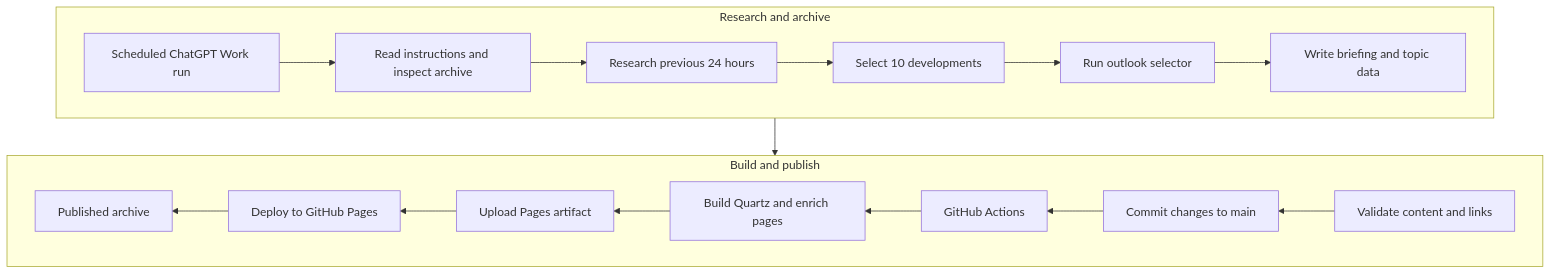
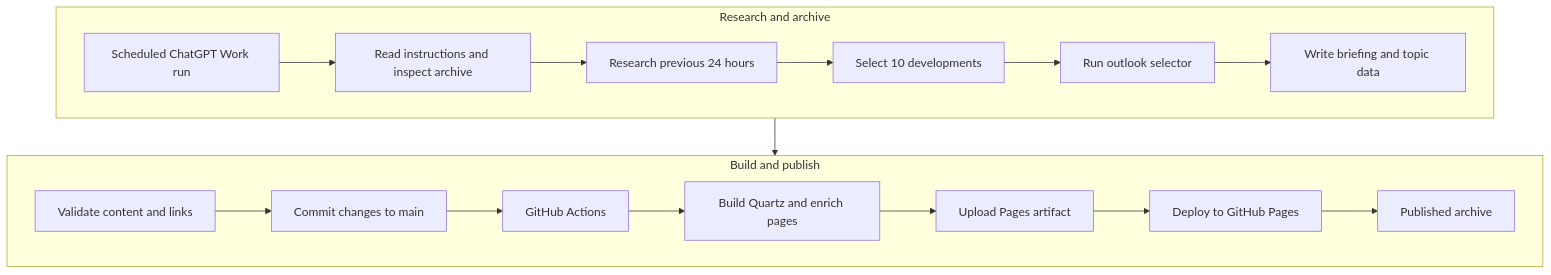
One commit to mg-automated/selfgrowing-news changed the diagram in README.md. Above: the diagram before and after it, drawn with Mermaid.

Commit message:
Modify flowchart for archive and publishing process
Updated flowchart direction and added connection between archive and publishing.

````diff
--- a/README.md
+++ b/README.md
@@ -35,23 +35,24 @@
 ```mermaid
 flowchart TB
+
     subgraph archive["Research and archive"]
         direction LR
         A[Scheduled ChatGPT Work run] --> B[Read instructions and inspect archive]
         B --> C[Research previous 24 hours]
         C --> D[Select 10 developments]
         D --> E[Run outlook selector]
         E --> F[Write briefing and topic data]
     end
 
     subgraph publishing["Build and publish"]
-        direction RL
+        direction LR
         G[Validate content and links] --> H[Commit changes to main]
         H --> I[GitHub Actions]
         I --> J[Build Quartz and enrich pages]
         J --> K[Upload Pages artifact]
         K --> L[Deploy to GitHub Pages]
         L --> M[Published archive]
     end
 
-    F --> G
+    archive --> publishing
 ```
````
